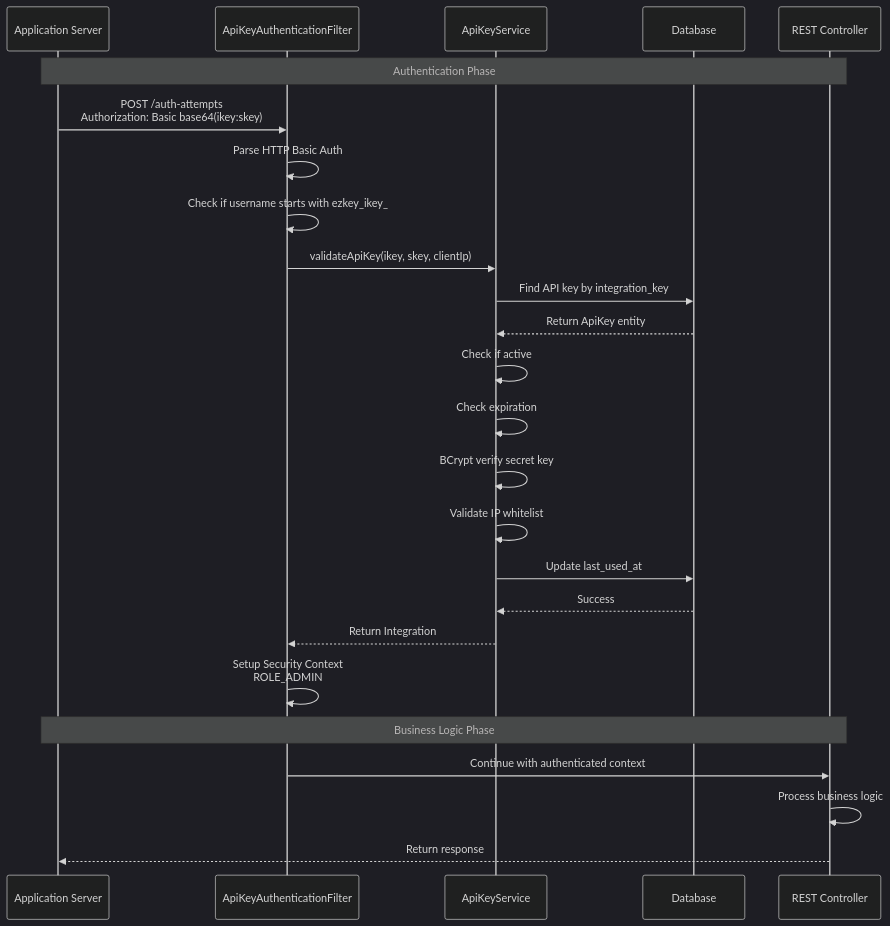
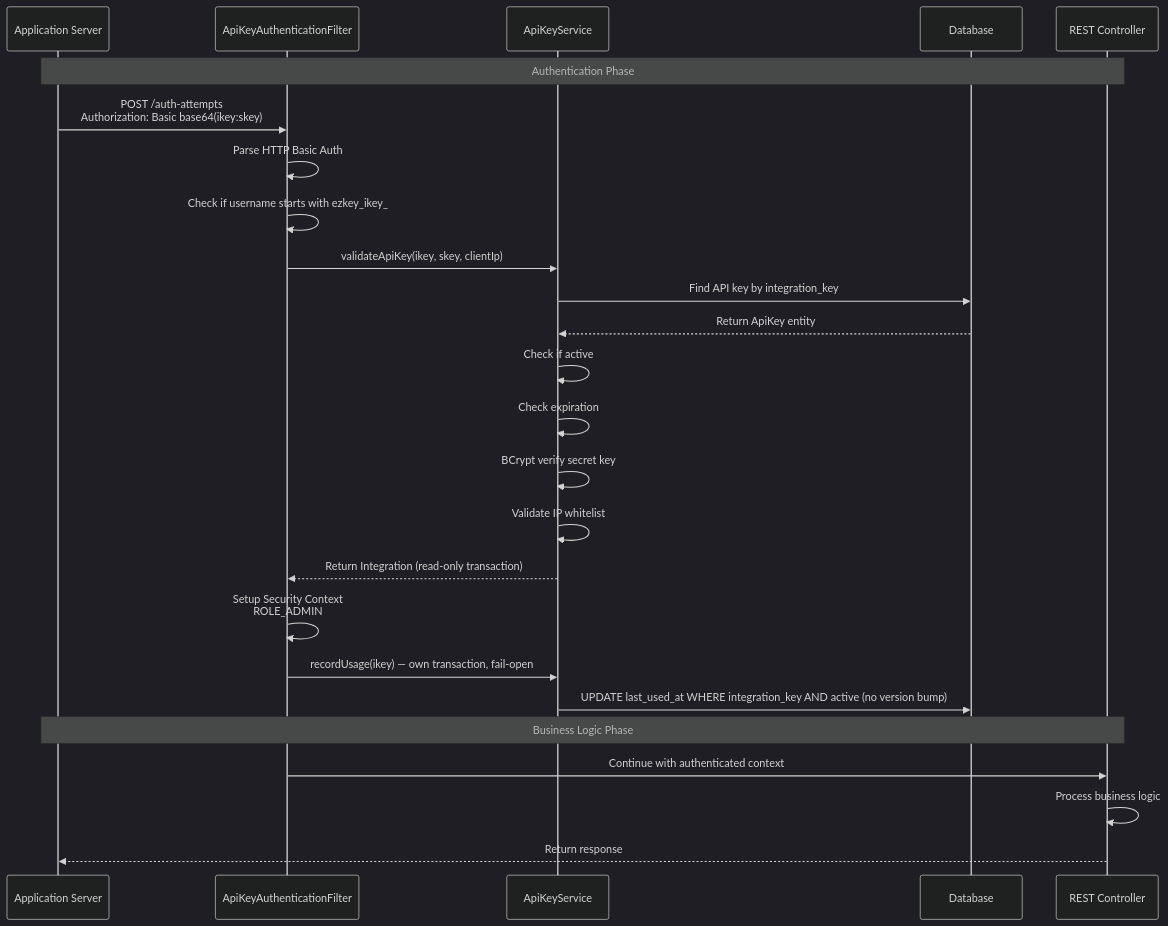
The third of 26 diagrams in docs/API_KEYS_HOW_IT_WORKS.md (mgagp/ezkey), drawn with Mermaid (dark theme) before and after one commit. The commit also changed other lines of this file, not shown here.

First line of the commit message:
docs(api-keys): record last_used_at as a version-free, fail-open usage hint

````diff
--- a/docs/API_KEYS_HOW_IT_WORKS.md
+++ b/docs/API_KEYS_HOW_IT_WORKS.md
@@ -118,37 +118,37 @@
 ```mermaid
 sequenceDiagram
     participant App as Application Server
     participant Filter as ApiKeyAuthenticationFilter
     participant Service as ApiKeyService
     participant DB as Database
     participant Controller as REST Controller
     
     Note over App,Controller: Authentication Phase
     App->>Filter: POST /auth-attempts<br/>Authorization: Basic base64(ikey:skey)
     
     Filter->>Filter: Parse HTTP Basic Auth
     Filter->>Filter: Check if username starts with ezkey_ikey_
     
     Filter->>Service: validateApiKey(ikey, skey, clientIp)
     
     Service->>DB: Find API key by integration_key
     DB-->>Service: Return ApiKey entity
     
     Service->>Service: Check if active
     Service->>Service: Check expiration
     Service->>Service: BCrypt verify secret key
     Service->>Service: Validate IP whitelist
     
-    Service->>DB: Update last_used_at
-    DB-->>Service: Success
-    
-    Service-->>Filter: Return Integration
+    Service-->>Filter: Return Integration (read-only transaction)
     
     Filter->>Filter: Setup Security Context<br/>ROLE_ADMIN
+    
+    Filter->>Service: recordUsage(ikey) — own transaction, fail-open
+    Service->>DB: UPDATE last_used_at WHERE integration_key AND active (no version bump)
     
     Note over App,Controller: Business Logic Phase
     Filter->>Controller: Continue with authenticated context
     
     Controller->>Controller: Process business logic
     Controller-->>App: Return response
 ```
````
